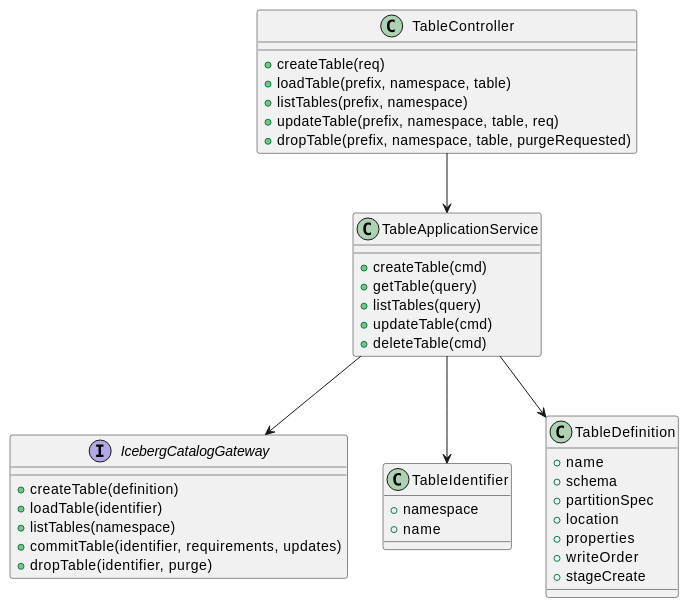
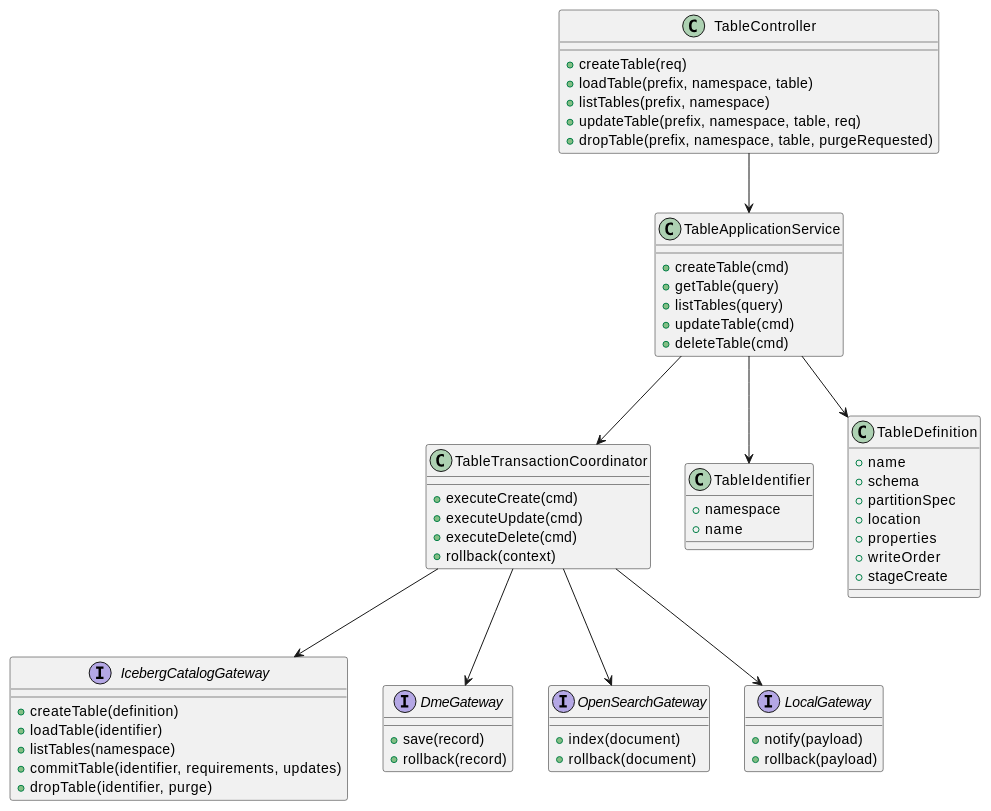
One commit to jingwang-0415/codex changed the fifth of 17 diagrams in Iceberg_Table接口能力_软件实现设计说明书.md. Above: the diagram before and after it, drawn with PlantUML. The commit also changed other lines of this file, not shown here.

Commit message:
Add saga-based consistency design to Iceberg table spec

````diff
--- a/Iceberg_Table接口能力_软件实现设计说明书.md
+++ b/Iceberg_Table接口能力_软件实现设计说明书.md
@@ -129,47 +232,73 @@
 ```plantuml
 @startuml
 class TableController {
   +createTable(req)
   +loadTable(prefix, namespace, table)
   +listTables(prefix, namespace)
   +updateTable(prefix, namespace, table, req)
   +dropTable(prefix, namespace, table, purgeRequested)
 }
 
 class TableApplicationService {
   +createTable(cmd)
   +getTable(query)
   +listTables(query)
   +updateTable(cmd)
   +deleteTable(cmd)
 }
 
+class TableTransactionCoordinator {
+  +executeCreate(cmd)
+  +executeUpdate(cmd)
+  +executeDelete(cmd)
+  +rollback(context)
+}
+
 interface IcebergCatalogGateway {
   +createTable(definition)
   +loadTable(identifier)
   +listTables(namespace)
   +commitTable(identifier, requirements, updates)
   +dropTable(identifier, purge)
+}
+
+interface DmeGateway {
+  +save(record)
+  +rollback(record)
+}
+
+interface OpenSearchGateway {
+  +index(document)
+  +rollback(document)
+}
+
+interface LocalGateway {
+  +notify(payload)
+  +rollback(payload)
 }
 
 class TableIdentifier {
   +namespace
   +name
 }
 
 class TableDefinition {
   +name
   +schema
   +partitionSpec
   +location
   +properties
   +writeOrder
   +stageCreate
 }
 
 TableController --> TableApplicationService
-TableApplicationService --> IcebergCatalogGateway
+TableApplicationService --> TableTransactionCoordinator
+TableTransactionCoordinator --> IcebergCatalogGateway
+TableTransactionCoordinator --> DmeGateway
+TableTransactionCoordinator --> OpenSearchGateway
+TableTransactionCoordinator --> LocalGateway
 TableApplicationService --> TableIdentifier
 TableApplicationService --> TableDefinition
 @enduml
 ```
````
